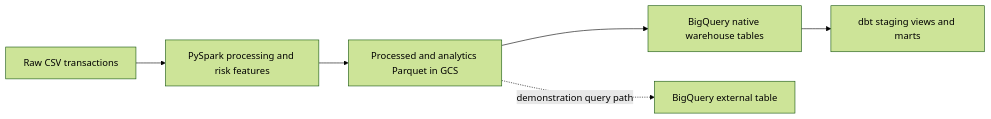
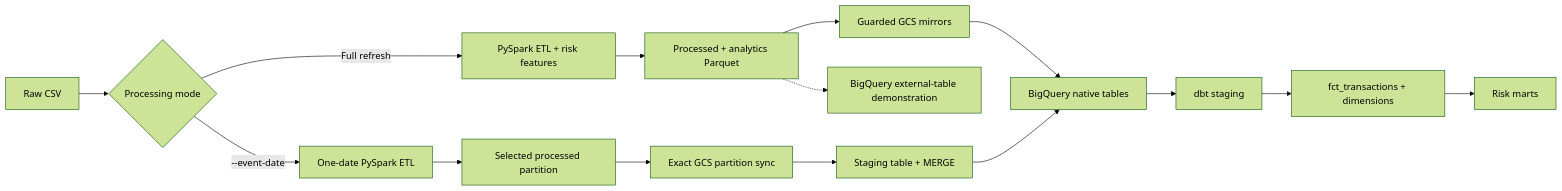
The diagram in README.md (Harsh06001/financial-risk-data-platform), drawn with Mermaid (forest theme) before and after one commit. The commit also changed other lines of this file and 52 other files, not shown here.

````diff
--- a/README.md
+++ b/README.md
@@ -7,8 +7,17 @@
 ```mermaid
 flowchart LR
-    A[Raw CSV transactions] --> B[PySpark processing and risk features]
-    B --> C[Processed and analytics Parquet in GCS]
-    C --> D[BigQuery native warehouse tables]
-    D --> E[dbt staging views and marts]
-    C -. demonstration query path .-> F[BigQuery external table]
+    A[Raw CSV] --> B{Processing mode}
+    B -->|Full refresh| C[PySpark ETL + risk features]
+    B -->|--event-date| D[One-date PySpark ETL]
+    C --> E[Processed + analytics Parquet]
+    D --> F[Selected processed partition]
+    E --> G[Guarded GCS mirrors]
+    F --> H[Exact GCS partition sync]
+    G --> I[BigQuery native tables]
+    H --> J[Staging table + MERGE]
+    J --> I
+    I --> K[dbt staging]
+    K --> L[fct_transactions + dimensions]
+    L --> M[Risk marts]
+    E -.-> N[BigQuery external-table demonstration]
 ```
````
